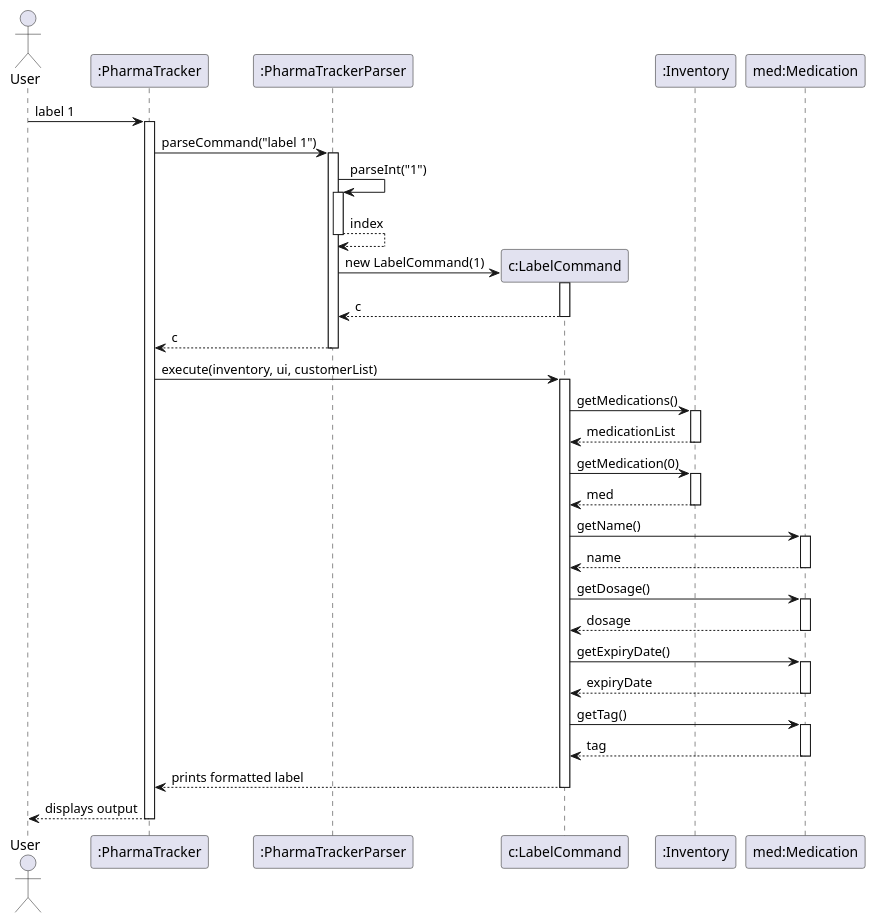
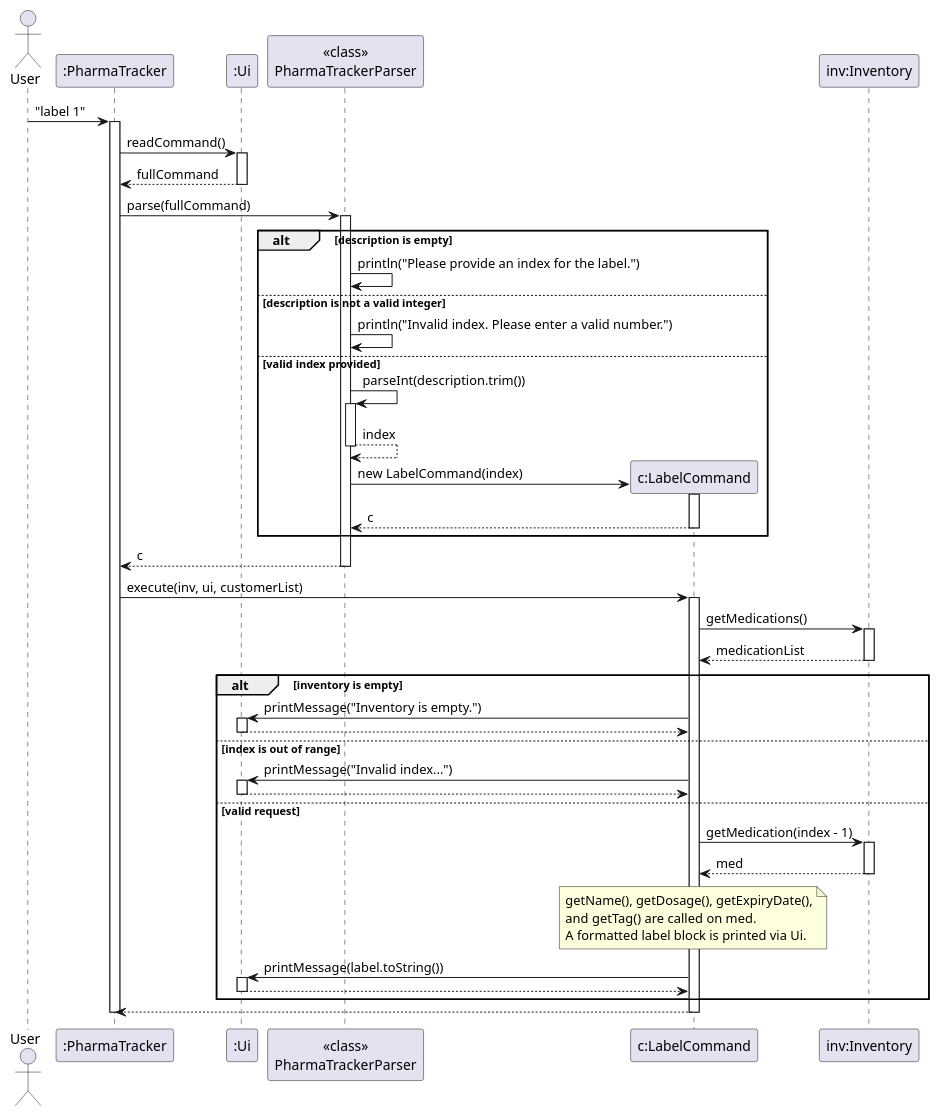
The diagram in docs/diagrams/labelCommandSequenceDiagram.puml (AY2526S2-CS2113-T10-3/tp), drawn with PlantUML before and after one commit. The commit also changed 19 other files, not shown here.

```diff
--- a/docs/diagrams/labelCommandSequenceDiagram.puml
+++ b/docs/diagrams/labelCommandSequenceDiagram.puml
@@ -1,58 +1,82 @@
 @startuml
+skinparam ArrowFontStyle plain
+
 actor User
 participant ":PharmaTracker" as PharmaTracker
-participant ":PharmaTrackerParser" as PharmaTrackerParser
+participant ":Ui" as Ui
+participant "<<class>>\nPharmaTrackerParser" as Parser
 participant "c:LabelCommand" as LabelCommand
-participant ":Inventory" as Inventory
-participant "med:Medication" as Medication
+participant "inv:Inventory" as Inventory
 
-User -> PharmaTracker : label 1
+User -> PharmaTracker : "label 1"
 activate PharmaTracker
 
-PharmaTracker -> PharmaTrackerParser : parseCommand("label 1")
-activate PharmaTrackerParser
+PharmaTracker -> Ui : readCommand()
+activate Ui
+Ui --> PharmaTracker : fullCommand
+deactivate Ui
 
-PharmaTrackerParser -> PharmaTrackerParser : parseInt("1")
-activate PharmaTrackerParser
-return index
+PharmaTracker -> Parser : parse(fullCommand)
+activate Parser
 
-create LabelCommand
-PharmaTrackerParser -> LabelCommand : new LabelCommand(1)
-activate LabelCommand
-return c
+alt description is empty
+    Parser -> Parser : println("Please provide an index for the label.")
+else description is not a valid integer
+    Parser -> Parser : println("Invalid index. Please enter a valid number.")
+else valid index provided
+    Parser -> Parser : parseInt(description.trim())
+    activate Parser
+    Parser --> Parser : index
+    deactivate Parser
 
-return c
+    create LabelCommand
+    Parser -> LabelCommand : new LabelCommand(index)
+    activate LabelCommand
+    LabelCommand --> Parser : c
+    deactivate LabelCommand
+end
 
-PharmaTracker -> LabelCommand : execute(inventory, ui, customerList)
+Parser --> PharmaTracker : c
+deactivate Parser
+
+PharmaTracker -> LabelCommand : execute(inv, ui, customerList)
 activate LabelCommand
 
 LabelCommand -> Inventory : getMedications()
 activate Inventory
-return medicationList
+Inventory --> LabelCommand : medicationList
+deactivate Inventory
 
-LabelCommand -> Inventory : getMedication(0)
-activate Inventory
-return med
+alt inventory is empty
+    LabelCommand -> Ui : printMessage("Inventory is empty.")
+    activate Ui
+    Ui --> LabelCommand
+    deactivate Ui
+else index is out of range
+    LabelCommand -> Ui : printMessage("Invalid index...")
+    activate Ui
+    Ui --> LabelCommand
+    deactivate Ui
+else valid request
+    LabelCommand -> Inventory : getMedication(index - 1)
+    activate Inventory
+    Inventory --> LabelCommand : med
+    deactivate Inventory
 
-LabelCommand -> Medication : getName()
-activate Medication
-return name
+    note over LabelCommand
+      getName(), getDosage(), getExpiryDate(),
+      and getTag() are called on med.
+      A formatted label block is printed via Ui.
+    end note
 
-LabelCommand -> Medication : getDosage()
-activate Medication
-return dosage
+    LabelCommand -> Ui : printMessage(label.toString())
+    activate Ui
+    Ui --> LabelCommand
+    deactivate Ui
+end
 
-LabelCommand -> Medication : getExpiryDate()
-activate Medication
-return expiryDate
-
-LabelCommand -> Medication : getTag()
-activate Medication
-return tag
-
-LabelCommand --> PharmaTracker : prints formatted label
+LabelCommand --> PharmaTracker
 deactivate LabelCommand
 
-PharmaTracker --> User : displays output
 deactivate PharmaTracker
 @enduml
```
